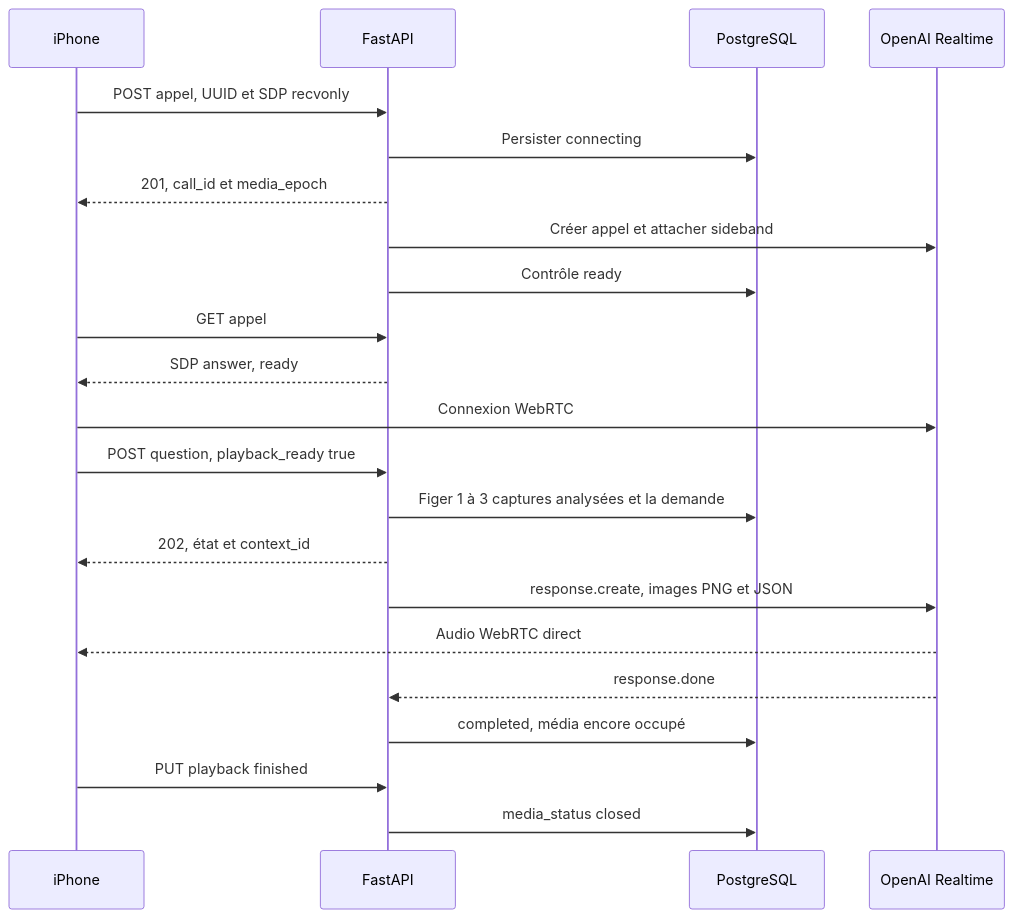
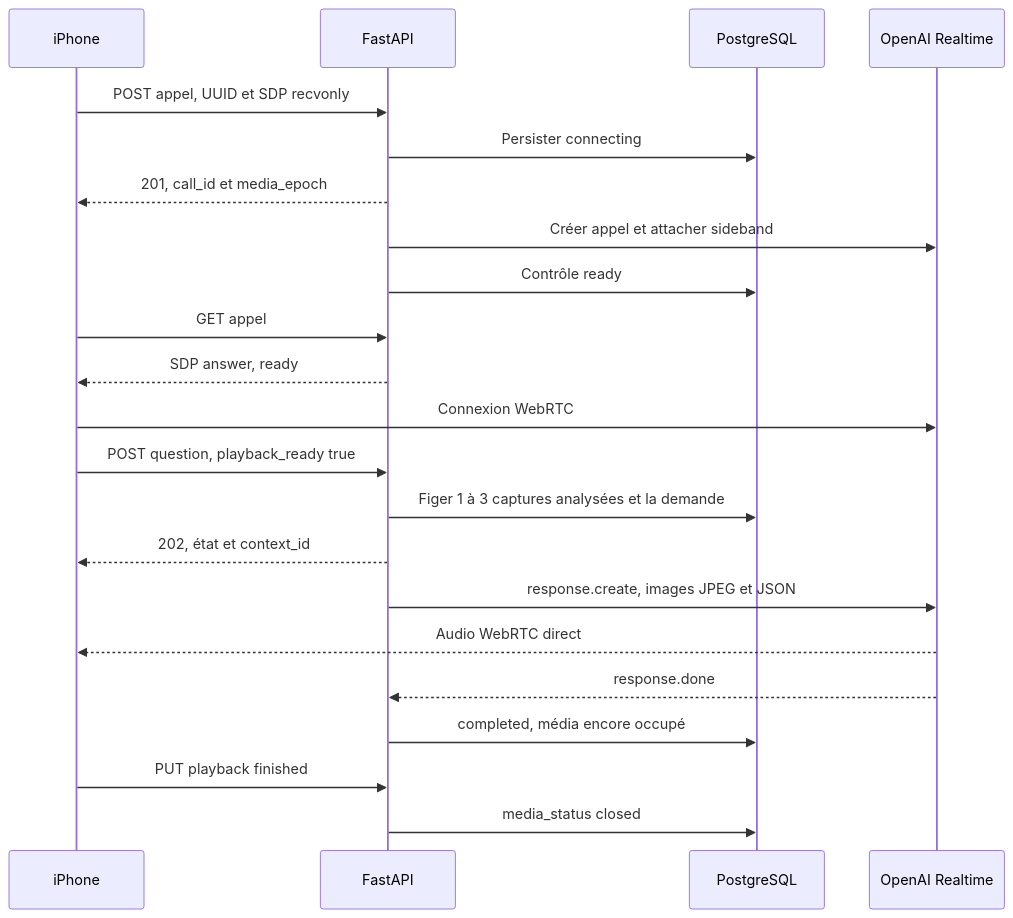
The first of 2 diagrams in docs/15-mobile-realtime-et-pi.md (Mindsept/Looki--Vision), drawn with Mermaid before and after one commit. The commit also changed other lines of this file and 26 other files, not shown here.

Commit message:
fix(contracts): use JPEG for Pi uploads and realtime images

````diff
--- a/docs/15-mobile-realtime-et-pi.md
+++ b/docs/15-mobile-realtime-et-pi.md
@@ -20,24 +20,24 @@
 ```mermaid
 sequenceDiagram
     participant M as iPhone
     participant B as FastAPI
     participant DB as PostgreSQL
     participant O as OpenAI Realtime
     M->>B: POST appel, UUID et SDP recvonly
     B->>DB: Persister connecting
     B-->>M: 201, call_id et media_epoch
     B->>O: Créer appel et attacher sideband
     B->>DB: Contrôle ready
     M->>B: GET appel
     B-->>M: SDP answer, ready
     M->>O: Connexion WebRTC
     M->>B: POST question, playback_ready true
     B->>DB: Figer 1 à 3 captures analysées et la demande
     B-->>M: 202, état et context_id
-    B->>O: response.create, images PNG et JSON
+    B->>O: response.create, images JPEG et JSON
     O-->>M: Audio WebRTC direct
     O-->>B: response.done
     B->>DB: completed, média encore occupé
     M->>B: PUT playback finished
     B->>DB: media_status closed
 ```
````
